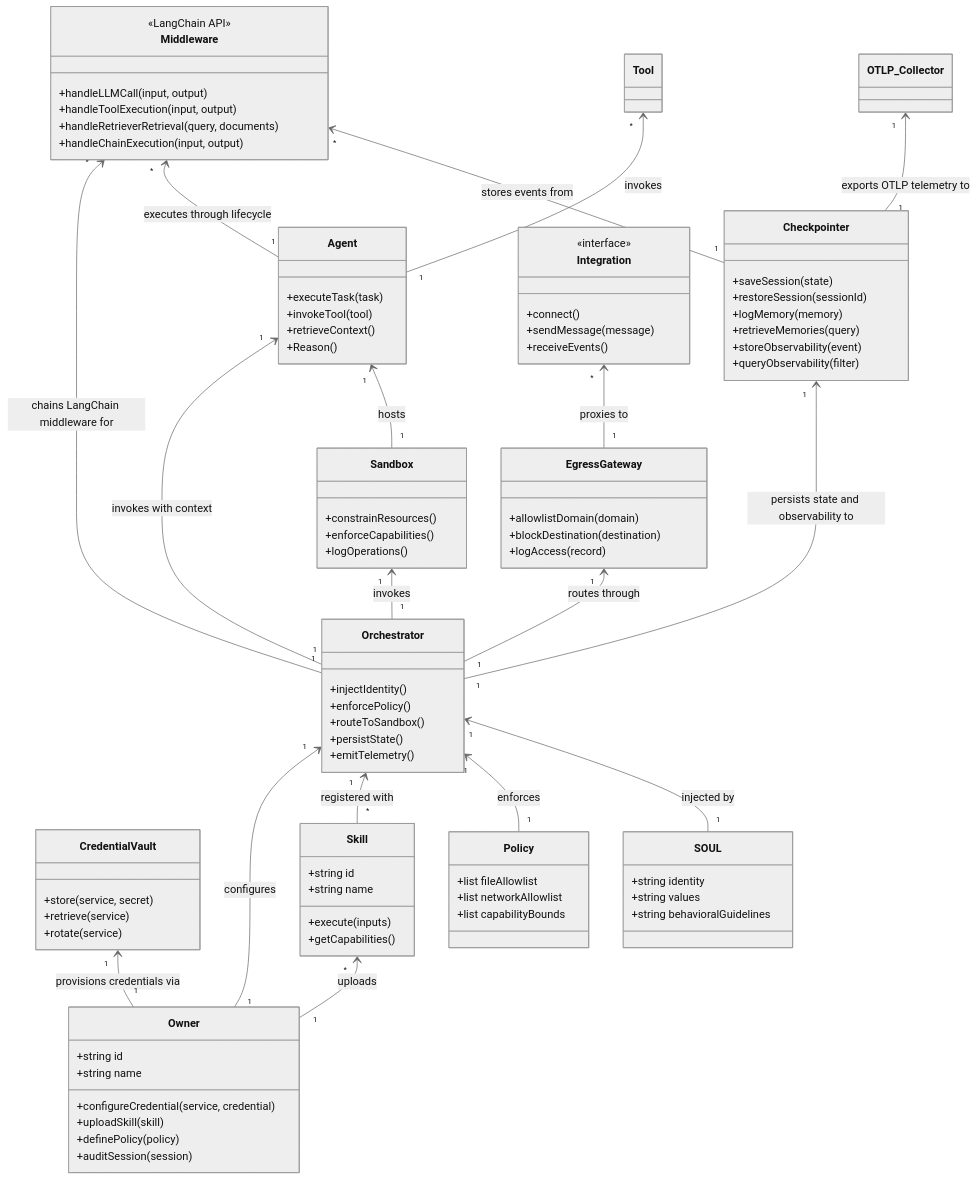
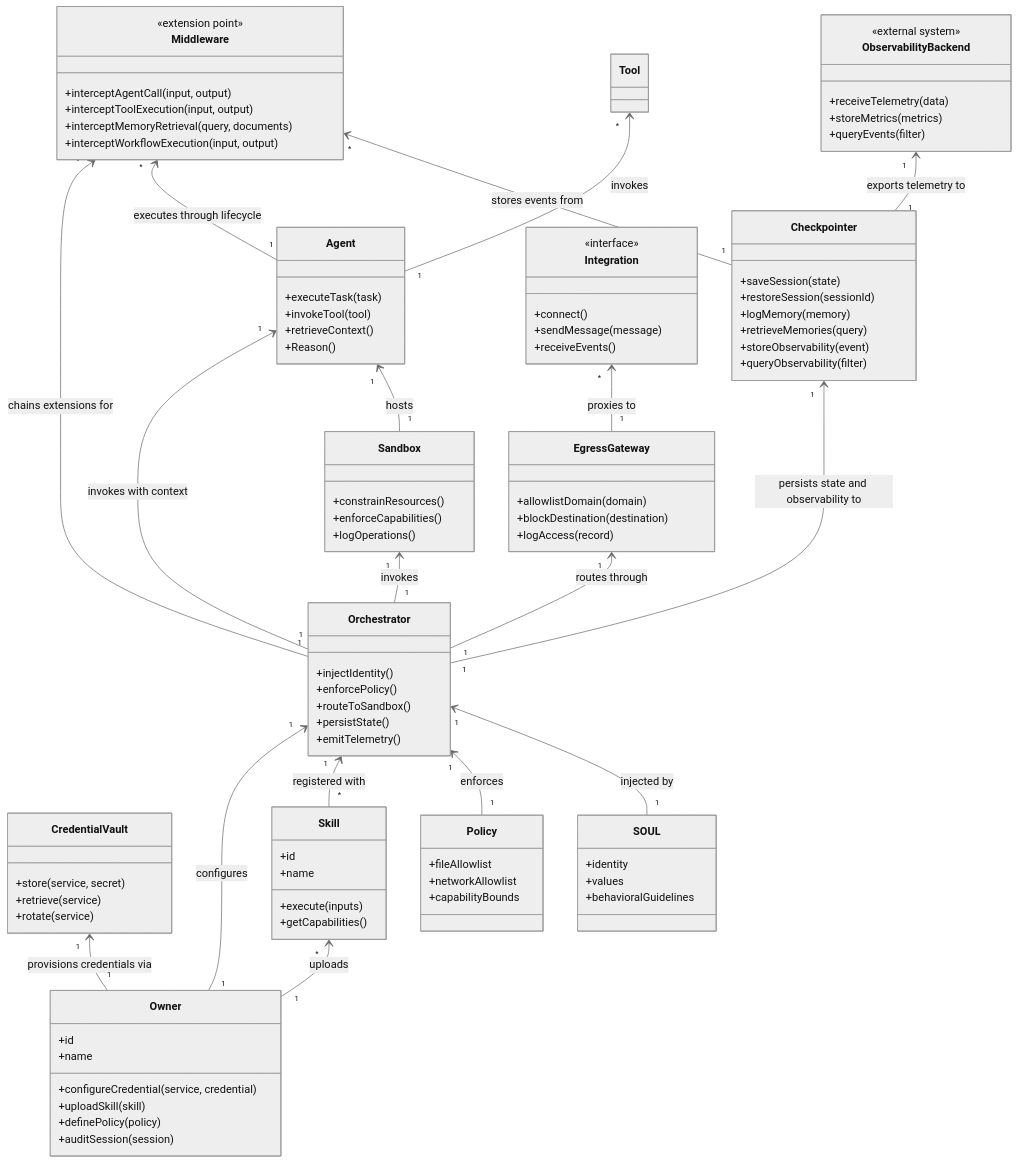
The second of 2 diagrams in PRD.md (openkraken-ai/openkraken), drawn with Mermaid (neutral theme) before and after one commit. The commit also changed other lines of this file and 1 other file, not shown here.

```diff
--- a/PRD.md
+++ b/PRD.md
@@ -250,8 +252,8 @@
   direction BT
 
   class Owner {
-    +string id
-    +string name
+    +id
+    +name
     +configureCredential(service, credential)
     +uploadSkill(skill)
     +definePolicy(policy)
@@ -301,30 +303,37 @@
   }
 
   class Middleware {
-    <<LangChain API>>
-    +handleLLMCall(input, output)
-    +handleToolExecution(input, output)
-    +handleRetrieverRetrieval(query, documents)
-    +handleChainExecution(input, output)
+    <<extension point>>
+    +interceptAgentCall(input, output)
+    +interceptToolExecution(input, output)
+    +interceptMemoryRetrieval(query, documents)
+    +interceptWorkflowExecution(input, output)
   }
 
   class Skill {
-    +string id
-    +string name
+    +id
+    +name
     +execute(inputs)
     +getCapabilities()
   }
 
   class Policy {
-    +list fileAllowlist
-    +list networkAllowlist
-    +list capabilityBounds
+    +fileAllowlist
+    +networkAllowlist
+    +capabilityBounds
   }
 
   class SOUL {
-    +string identity
-    +string values
-    +string behavioralGuidelines
+    +identity
+    +values
+    +behavioralGuidelines
+  }
+
+  class ObservabilityBackend {
+    <<external system>>
+    +receiveTelemetry(data)
+    +storeMetrics(metrics)
+    +queryEvents(filter)
   }
 
   class Integration {
@@ -338,7 +347,7 @@
   Owner "1" --> "1" CredentialVault : provisions credentials via
   Owner "1" --> "*" Skill : uploads
   Orchestrator "1" --> "1" Agent : invokes with context
-  Orchestrator "1" --> "*" Middleware : chains LangChain middleware for
+  Orchestrator "1" --> "*" Middleware : chains extensions for
   Agent "1" --> "*" Middleware : executes through lifecycle
   Orchestrator "1" --> "1" Checkpointer : persists state and observability to
   Orchestrator "1" --> "1" EgressGateway : routes through
@@ -346,7 +355,7 @@
   Agent "1" --> "*" Tool : invokes
   Sandbox "1" --> "1" Agent : hosts
   Checkpointer "1" --> "*" Middleware : stores events from
-  Checkpointer "1" --> "1" OTLP_Collector : exports OTLP telemetry to
+  Checkpointer "1" --> "1" ObservabilityBackend : exports telemetry to
   EgressGateway "1" --> "*" Integration : proxies to
   Skill "*" --> "1" Orchestrator : registered with
   Policy "1" --> "1" Orchestrator : enforces
```
